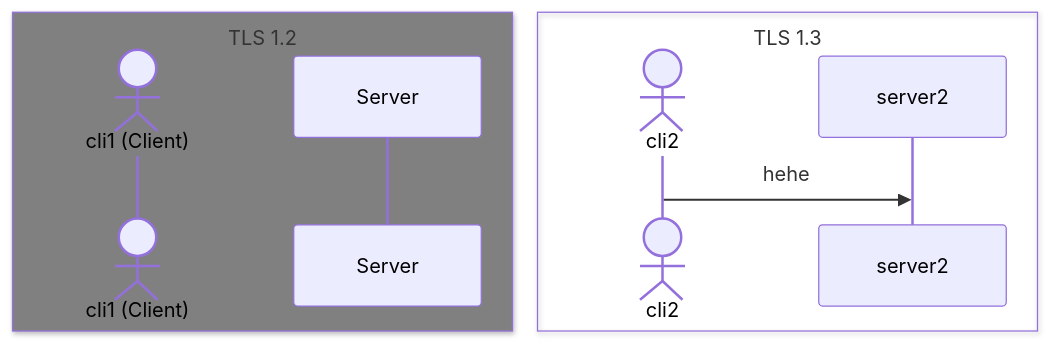
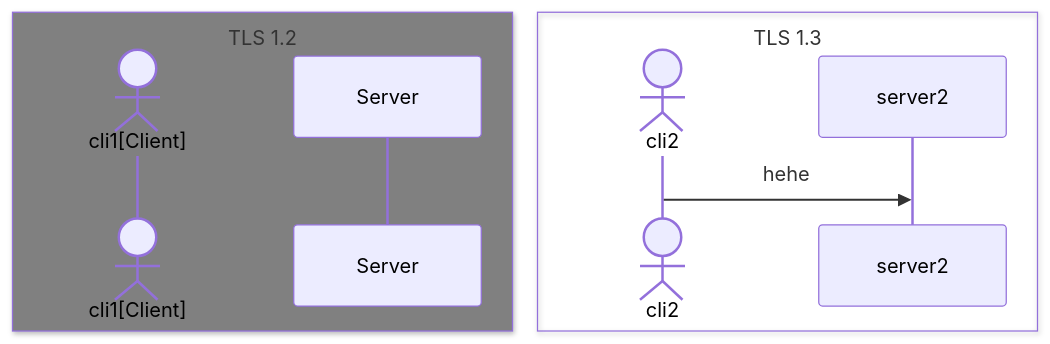
The third of 3 diagrams in tls_1.3.md (jtaverne/ovh), drawn with Mermaid before and after one commit.

````diff
--- a/tls_1.3.md
+++ b/tls_1.3.md
@@ -37,12 +37,12 @@
 ```mermaid
 sequenceDiagram
     box Grey TLS 1.2
-    actor cli1 (Client)
+    actor cli1[Client]
     participant Server
     end
     box TLS 1.3
     actor cli2
     participant server2
     end
 cli2 ->> server2 : hehe
 ```
````
